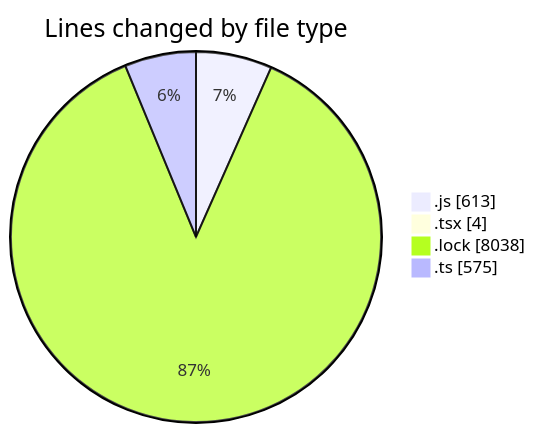
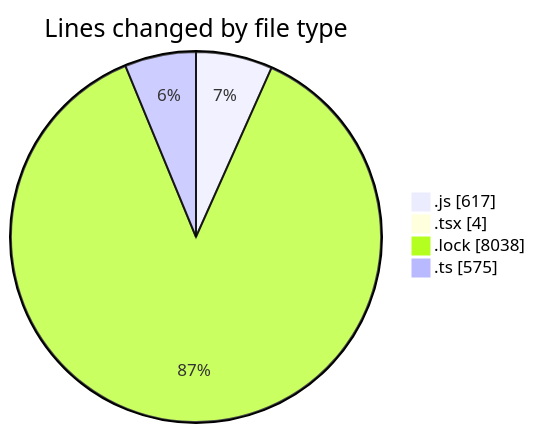
The first of 2 diagrams in 2025-03-11/cda/README.md (momahboobian/code-tracking), drawn with Mermaid before and after one commit. The commit also changed other lines of this file and 1 other file, not shown here.

````diff
--- a/2025-03-11/cda/README.md
+++ b/2025-03-11/cda/README.md
@@ -34,8 +34,8 @@
 ```mermaid
 pie showData
 title Lines changed by file type
-".js" : 613
+".js" : 617
 ".tsx" : 4
 ".lock" : 8038
 ".ts" : 575
 ```
````
